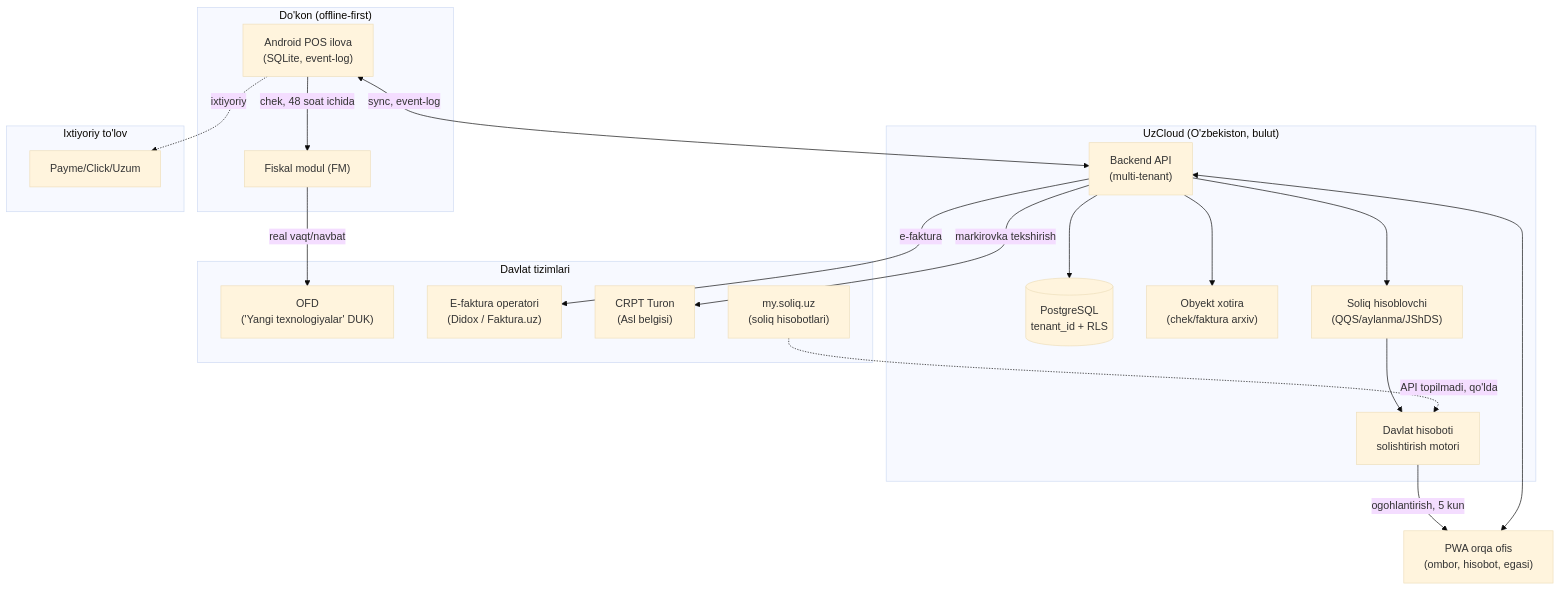
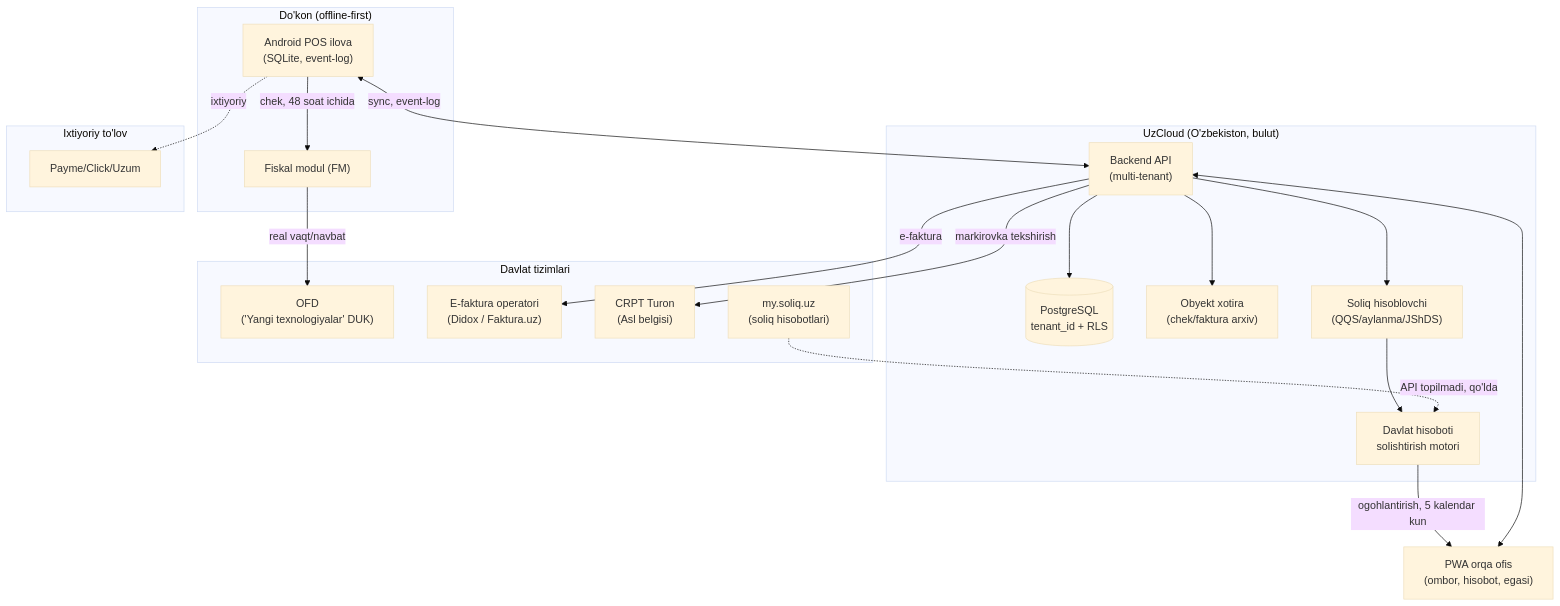
The second of 2 diagrams in research_notes/texnik/04-arxitektura-va-stack.md (hasanoff507/erp), drawn with Mermaid (base theme) before and after one commit. The commit also changed other lines of this file and 37 other files, not shown here.

````diff
--- a/research_notes/texnik/04-arxitektura-va-stack.md
+++ b/research_notes/texnik/04-arxitektura-va-stack.md
@@ -150,42 +150,42 @@
 ```mermaid
 flowchart TB
     subgraph Do_kon["Do'kon (offline-first)"]
         POS["Android POS ilova\n(SQLite, event-log)"]
         FM["Fiskal modul (FM)"]
     end
 
     subgraph Bulut["UzCloud (O'zbekiston, bulut)"]
         API["Backend API\n(multi-tenant)"]
         DB[("PostgreSQL\ntenant_id + RLS")]
         S3["Obyekt xotira\n(chek/faktura arxiv)"]
         Ledger["Soliq hisoblovchi\n(QQS/aylanma/JShDS)"]
         Diff["Davlat hisoboti\nsolishtirish motori"]
     end
 
     subgraph Davlat["Davlat tizimlari"]
         OFD["OFD\n('Yangi texnologiyalar' DUK)"]
         EDO["E-faktura operatori\n(Didox / Faktura.uz)"]
         CRPT["CRPT Turon\n(Asl belgisi)"]
         MySoliq["my.soliq.uz\n(soliq hisobotlari)"]
     end
 
     subgraph Tashqi["Ixtiyoriy to'lov"]
         Payme/Click/Uzum
     end
 
     BackOffice["PWA orqa ofis\n(ombor, hisobot, egasi)"]
 
     POS -->|chek, 48 soat ichida| FM
     FM -->|real vaqt/navbat| OFD
     POS <-->|sync, event-log| API
     API --> DB
     API --> S3
     API --> Ledger
     API -->|e-faktura| EDO
     API -->|markirovka tekshirish| CRPT
     Ledger --> Diff
     MySoliq -.->|API topilmadi, qo'lda| Diff
-    Diff -->|ogohlantirish, 5 kun| BackOffice
+    Diff -->|ogohlantirish, 5 kalendar kun| BackOffice
     BackOffice <--> API
     POS -.->|ixtiyoriy| Payme/Click/Uzum
 ```
````
